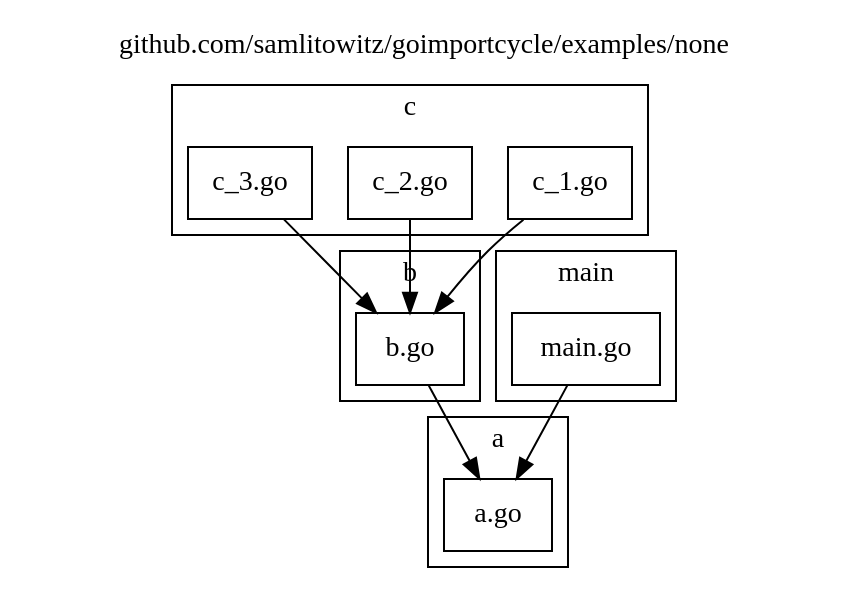
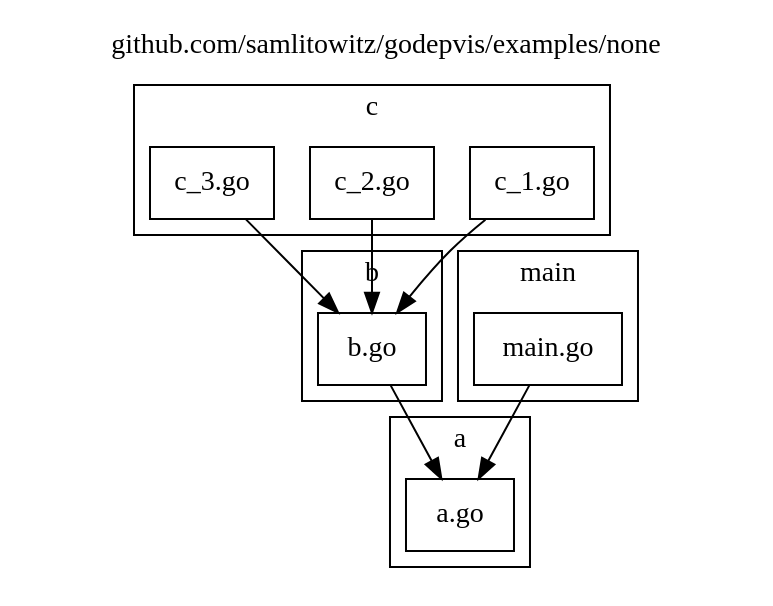
One commit to samlitowitz/godepvis changed the diagram in assets/examples/none/file.dot. Above: the diagram before and after it, drawn with Graphviz. The commit also changed 69 other files, not shown here.

```diff
--- a/assets/examples/none/file.dot
+++ b/assets/examples/none/file.dot
@@ -1,50 +1,50 @@
 digraph {
 	labelloc="t";
-	label="github.com/samlitowitz/goimportcycle/examples/none";
+	label="github.com/samlitowitz/godepvis/examples/none";
 	rankdir="TB";
 	node [shape="rect"];
 
 	subgraph "cluster_pkg_a" {
 		label="a";
 		style="filled";
 		fontcolor="#000000";
 		fillcolor="#ffffff";
 
 		"pkg_a_file_a" [label="a.go", style="filled", fontcolor="#000000", fillcolor="#ffffff"];
 	};
 
 	subgraph "cluster_pkg_b" {
 		label="b";
 		style="filled";
 		fontcolor="#000000";
 		fillcolor="#ffffff";
 
 		"pkg_b_file_b" [label="b.go", style="filled", fontcolor="#000000", fillcolor="#ffffff"];
 	};
 
 	subgraph "cluster_pkg_c" {
 		label="c";
 		style="filled";
 		fontcolor="#000000";
 		fillcolor="#ffffff";
 
 		"pkg_c_file_c_1" [label="c_1.go", style="filled", fontcolor="#000000", fillcolor="#ffffff"];
 		"pkg_c_file_c_2" [label="c_2.go", style="filled", fontcolor="#000000", fillcolor="#ffffff"];
 		"pkg_c_file_c_3" [label="c_3.go", style="filled", fontcolor="#000000", fillcolor="#ffffff"];
 	};
 
 	subgraph "cluster_pkg_main" {
 		label="main";
 		style="filled";
 		fontcolor="#000000";
 		fillcolor="#ffffff";
 
 		"pkg_main_file_main" [label="main.go", style="filled", fontcolor="#000000", fillcolor="#ffffff"];
 	};
 
 	"pkg_b_file_b" -> "pkg_a_file_a" [color="#000000"];
 	"pkg_c_file_c_1" -> "pkg_b_file_b" [color="#000000"];
 	"pkg_c_file_c_2" -> "pkg_b_file_b" [color="#000000"];
 	"pkg_c_file_c_3" -> "pkg_b_file_b" [color="#000000"];
 	"pkg_main_file_main" -> "pkg_a_file_a" [color="#000000"];
 }
```
